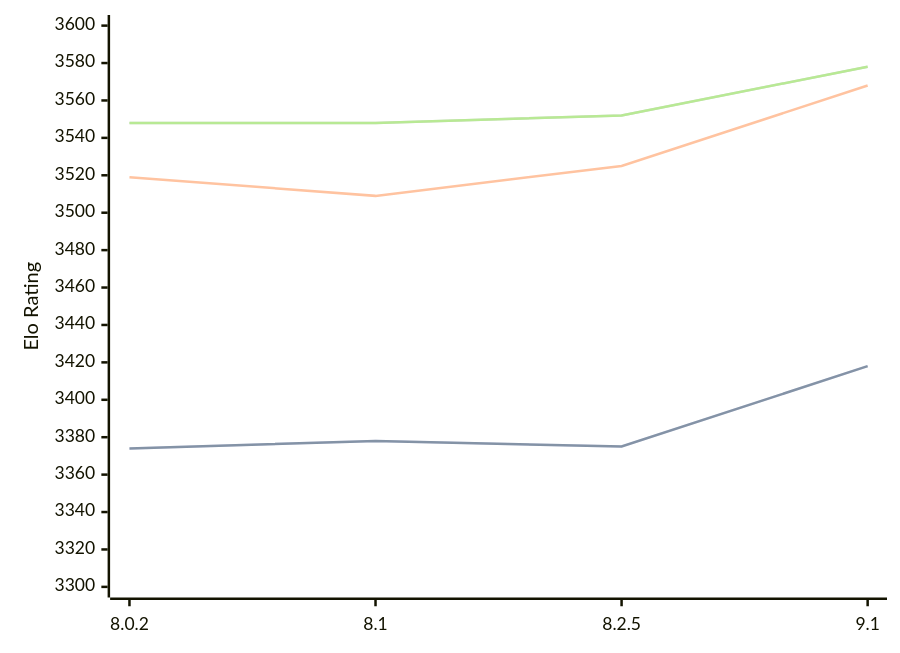
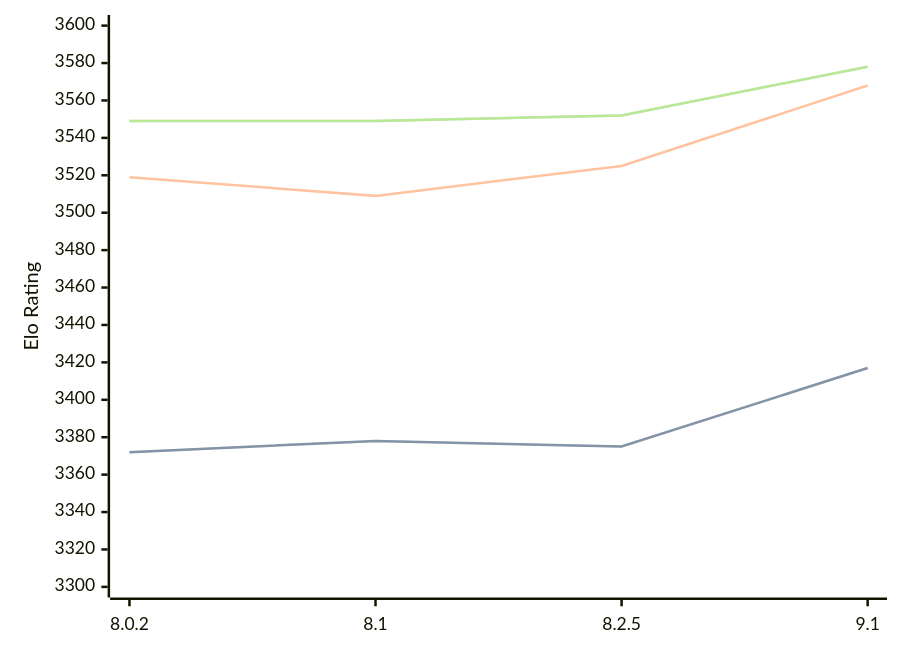
The diagram in engines/Clover.md (computer-chess-index/cci), drawn with Mermaid before and after one commit. The commit also changed other lines of this file, not shown here.

Commit message:
Update CCI Ratings (ELO VLTC) - 2026-03-12

````diff
--- a/engines/Clover.md
+++ b/engines/Clover.md
@@ -62,11 +62,11 @@
 ```mermaid
 %%{init: {"theme":"base","themeVariables":{"seriesColors:['#a3a3a3','#222221','#faa371']}}}%%
 xychart-beta
   x-axis ["8.0.2", "8.1", "8.2.5", "9.1"]
   y-axis "Elo Rating" 3300 --> 3600
-  line "STC (8.0+0.08s)" [3374, 3378, 3375, 3418]
-  line "STC (8.0+0.08s)" [3374, 3378, 3375, 3418]
+  line "STC (8.0+0.08s)" [3372, 3378, 3375, 3417]
+  line "STC (8.0+0.08s)" [3372, 3378, 3375, 3417]
   line "LTC (60.0+0.60s)" [3519, 3509, 3525, 3568]
-  line "VLTC (2m24s+1.12s)" [3548, 3548, 3552, 3578]
-  line "VLTC (2m24s+1.12s)" [3548, 3548, 3552, 3578]
+  line "VLTC (2m24s+1.12s)" [3549, 3549, 3552, 3578]
+  line "VLTC (2m24s+1.12s)" [3549, 3549, 3552, 3578]
 ```
````
